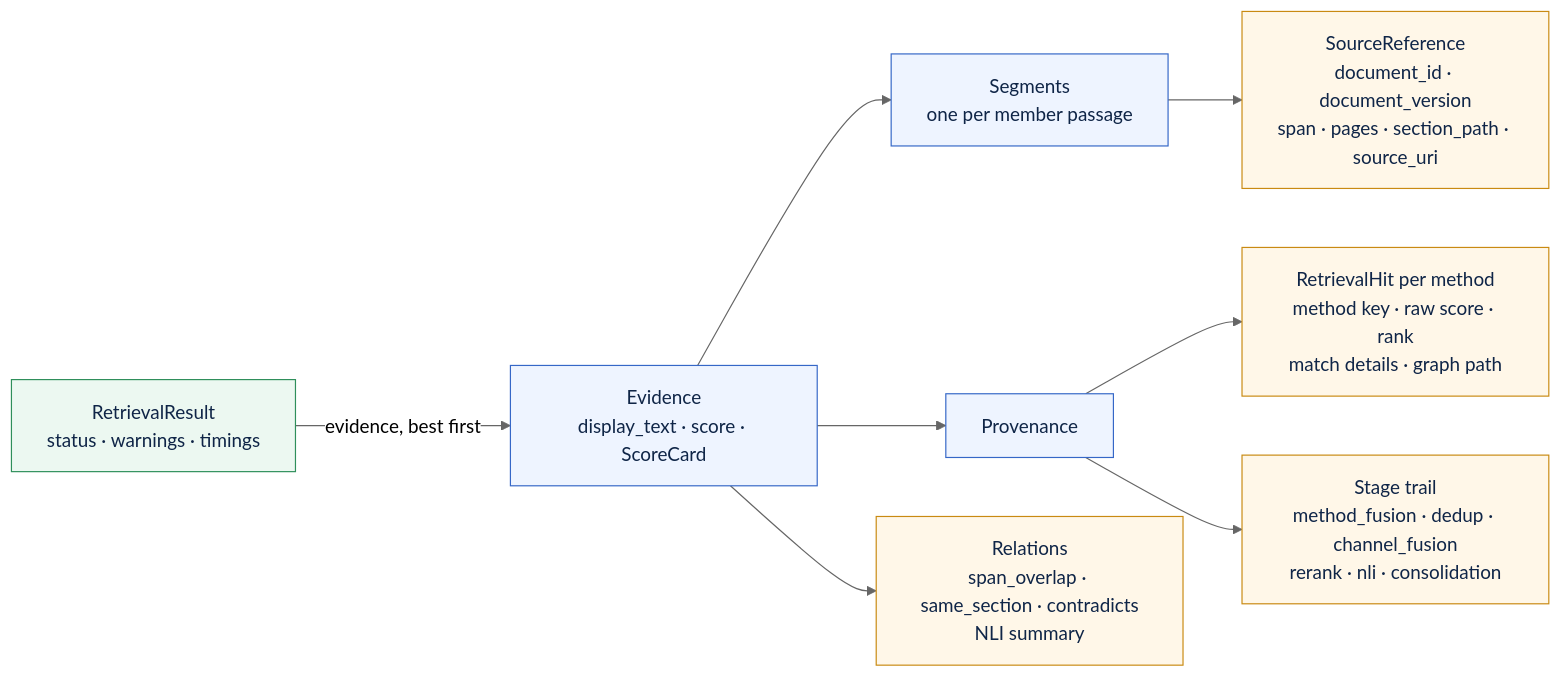
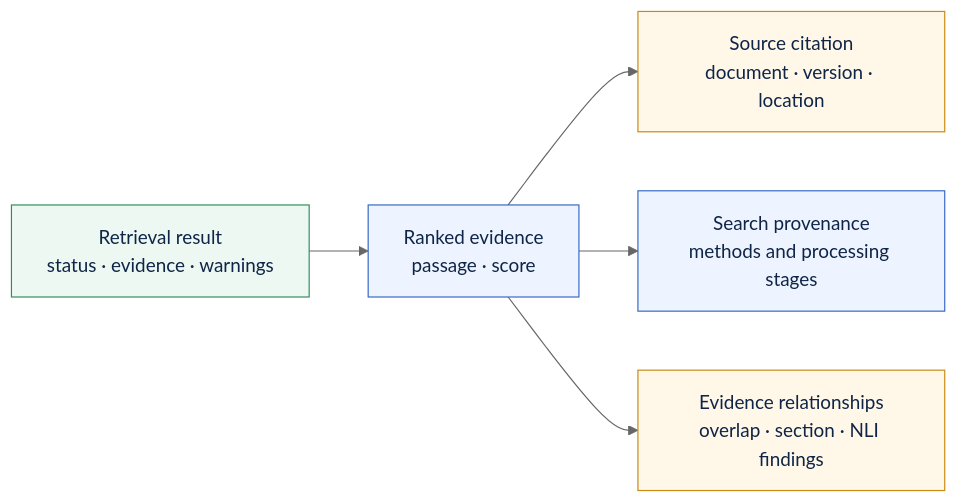
Before and after one commit to smuniharish/retrievalloom: the diagram in diagrams/evidence-provenance.mmd, drawn with Mermaid (neutral theme). The commit also changed 57 other files, not shown here.

```diff
--- a/diagrams/evidence-provenance.mmd
+++ b/diagrams/evidence-provenance.mmd
@@ -1,20 +1,15 @@
 flowchart LR
     classDef app fill:#ecf8f1,stroke:#2f8f5b,color:#0f2547
     classDef core fill:#eef4ff,stroke:#3567c7,color:#0f2547
     classDef provider fill:#fff7e8,stroke:#c98a12,color:#0f2547
 
-    result["RetrievalResult<br/>status · warnings · timings"]:::app
-    evidence["Evidence<br/>display_text · score · ScoreCard"]:::core
-    segments["Segments<br/>one per member passage"]:::core
-    source["SourceReference<br/>document_id · document_version<br/>span · pages · section_path · source_uri"]:::provider
-    provenance["Provenance"]:::core
-    hits["RetrievalHit per method<br/>method key · raw score · rank<br/>match details · graph path"]:::provider
-    trail["Stage trail<br/>method_fusion · dedup · channel_fusion<br/>rerank · nli · consolidation"]:::provider
-    relations["Relations<br/>span_overlap · same_section · contradicts<br/>NLI summary"]:::provider
+    result["Retrieval result<br/>status · evidence · warnings"]:::app
+    evidence["Ranked evidence<br/>passage · score"]:::core
+    source["Source citation<br/>document · version · location"]:::provider
+    provenance["Search provenance<br/>methods and processing stages"]:::core
+    relations["Evidence relationships<br/>overlap · section · NLI findings"]:::provider
 
-    result -- "evidence, best first" --> evidence
-    evidence --> segments --> source
+    result --> evidence
+    evidence --> source
     evidence --> provenance
-    provenance --> hits
-    provenance --> trail
     evidence --> relations
```
